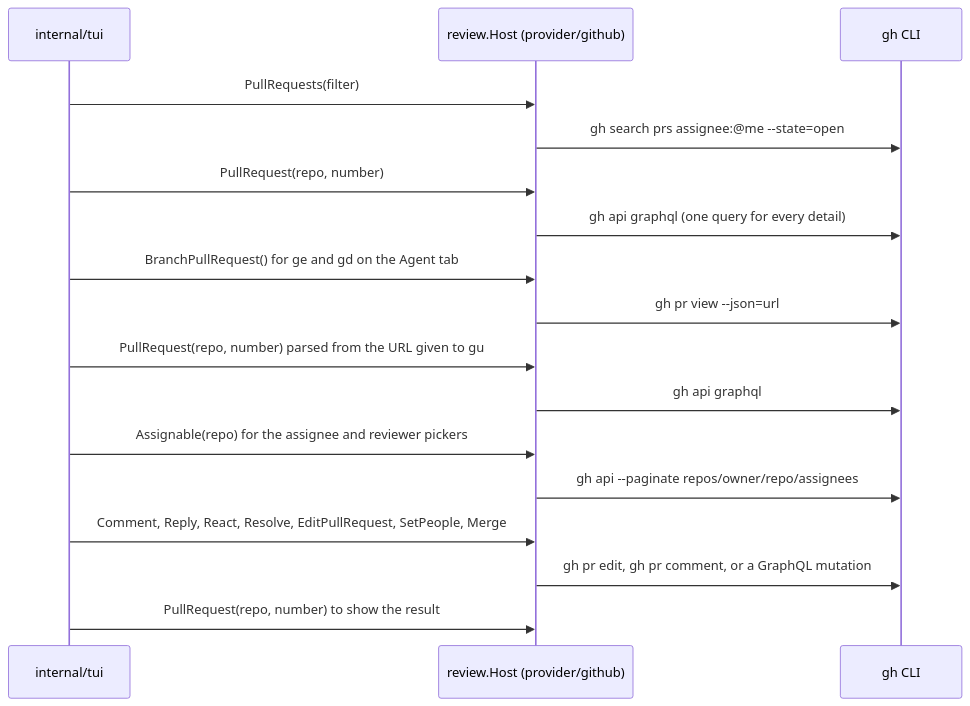
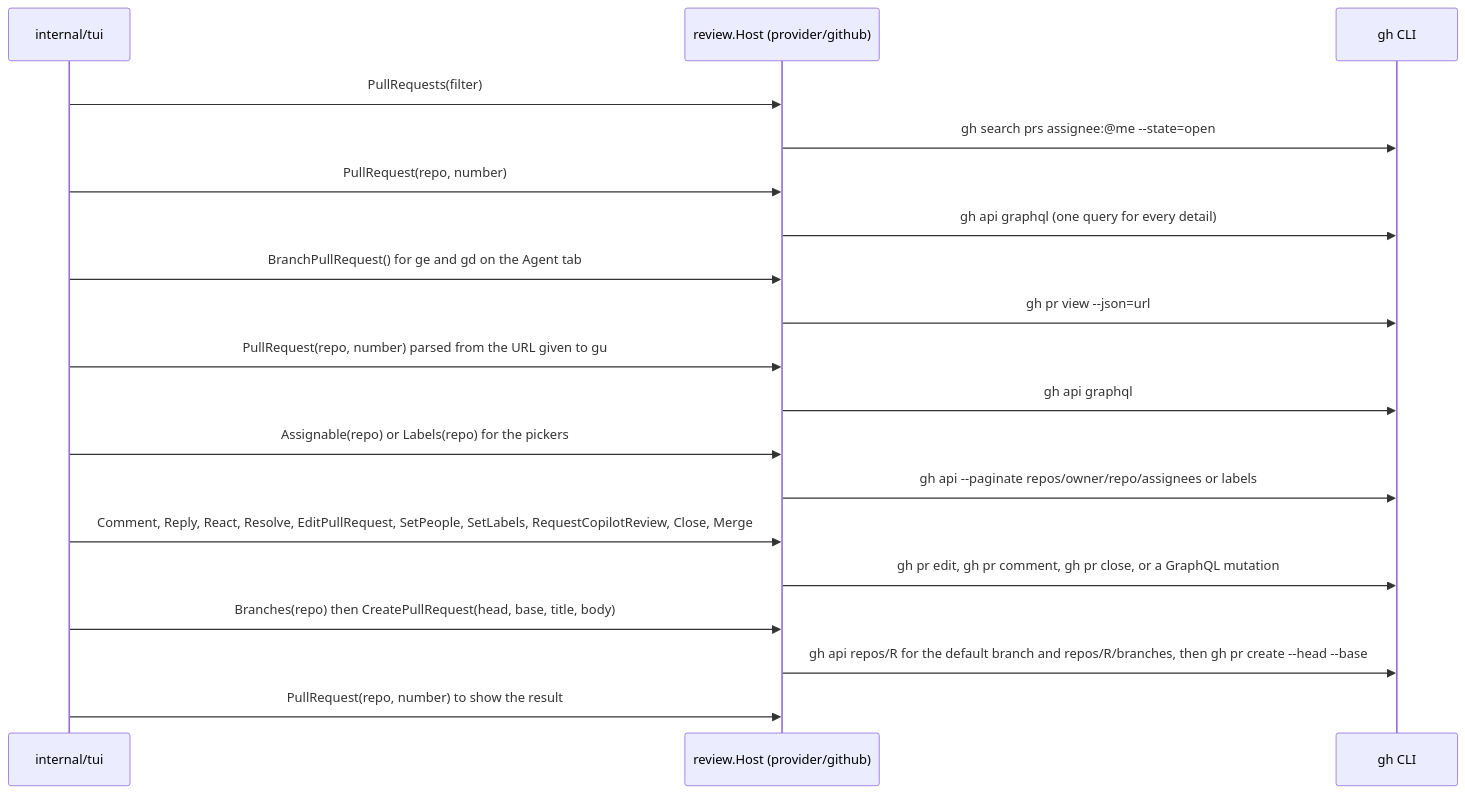
The diagram in docs/pull-requests.md (jfmainville/revunk), drawn with Mermaid before and after one commit. The commit also changed other lines of this file and 16 other files, not shown here.

Commit message:
feat(tui): add a pull request actions list and a clearer status bar (PER-308) (#9)

````diff
--- a/docs/pull-requests.md
+++ b/docs/pull-requests.md
@@ -7,19 +7,21 @@
 ```mermaid
 sequenceDiagram
     participant TUI as internal/tui
     participant Host as review.Host (provider/github)
     participant GH as gh CLI
     TUI->>Host: PullRequests(filter)
     Host->>GH: gh search prs assignee:@me --state=open
     TUI->>Host: PullRequest(repo, number)
     Host->>GH: gh api graphql (one query for every detail)
     TUI->>Host: BranchPullRequest() for ge and gd on the Agent tab
     Host->>GH: gh pr view --json=url
     TUI->>Host: PullRequest(repo, number) parsed from the URL given to gu
     Host->>GH: gh api graphql
-    TUI->>Host: Assignable(repo) for the assignee and reviewer pickers
-    Host->>GH: gh api --paginate repos/owner/repo/assignees
-    TUI->>Host: Comment, Reply, React, Resolve, EditPullRequest, SetPeople, Merge
-    Host->>GH: gh pr edit, gh pr comment, or a GraphQL mutation
+    TUI->>Host: Assignable(repo) or Labels(repo) for the pickers
+    Host->>GH: gh api --paginate repos/owner/repo/assignees or labels
+    TUI->>Host: Comment, Reply, React, Resolve, EditPullRequest, SetPeople, SetLabels, RequestCopilotReview, Close, Merge
+    Host->>GH: gh pr edit, gh pr comment, gh pr close, or a GraphQL mutation
+    TUI->>Host: Branches(repo) then CreatePullRequest(head, base, title, body)
+    Host->>GH: gh api repos/R for the default branch and repos/R/branches, then gh pr create --head --base
     TUI->>Host: PullRequest(repo, number) to show the result
 ```
````
